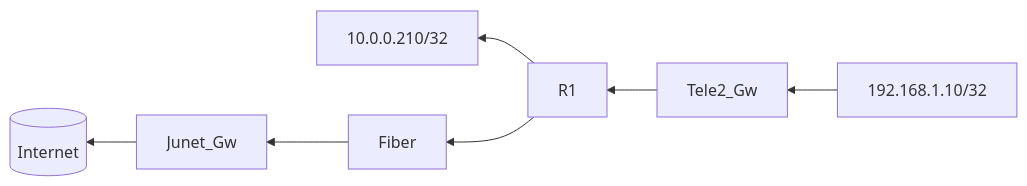
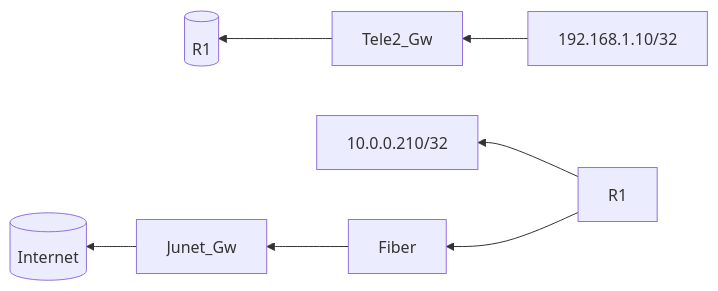
Before and after one commit to notkasim/DOCS: the first of 2 diagrams in Topology.md, drawn with Mermaid.

````diff
--- a/Topology.md
+++ b/Topology.md
@@ -6,10 +6,11 @@
 ```mermaid
 graph RL;
     192.168.1.10/32-->Tele2_Gw;
-    Tele2_Gw-->R1;
+    id1[(R1)]
+    Tele2_Gw-->id1;
     R1-->10.0.0.210/32;
     R1-->Fiber;
     Fiber-->Junet_Gw;
     id2[(Internet)]
     Junet_Gw-->id2
 ```
````
